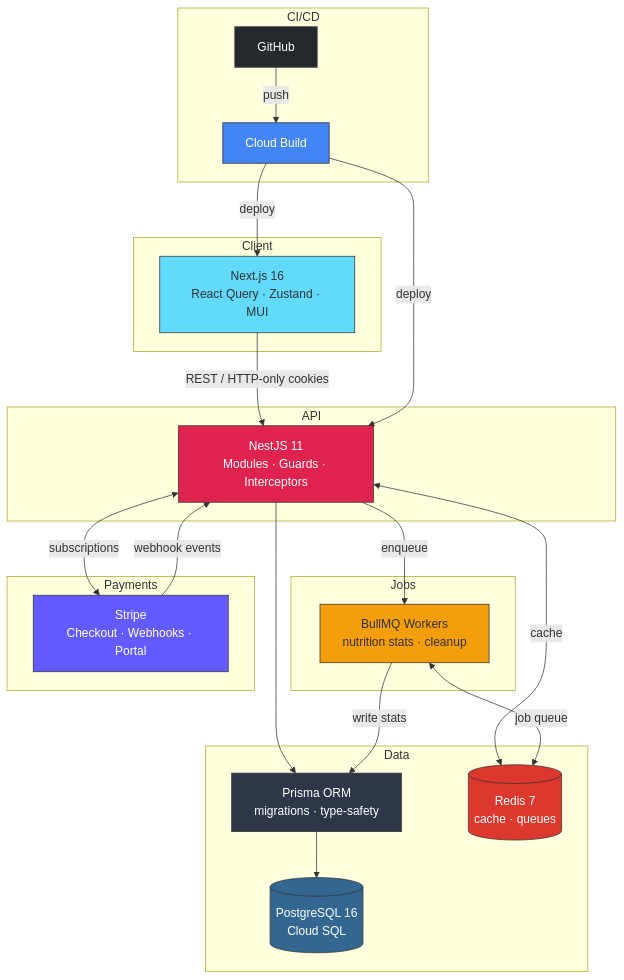
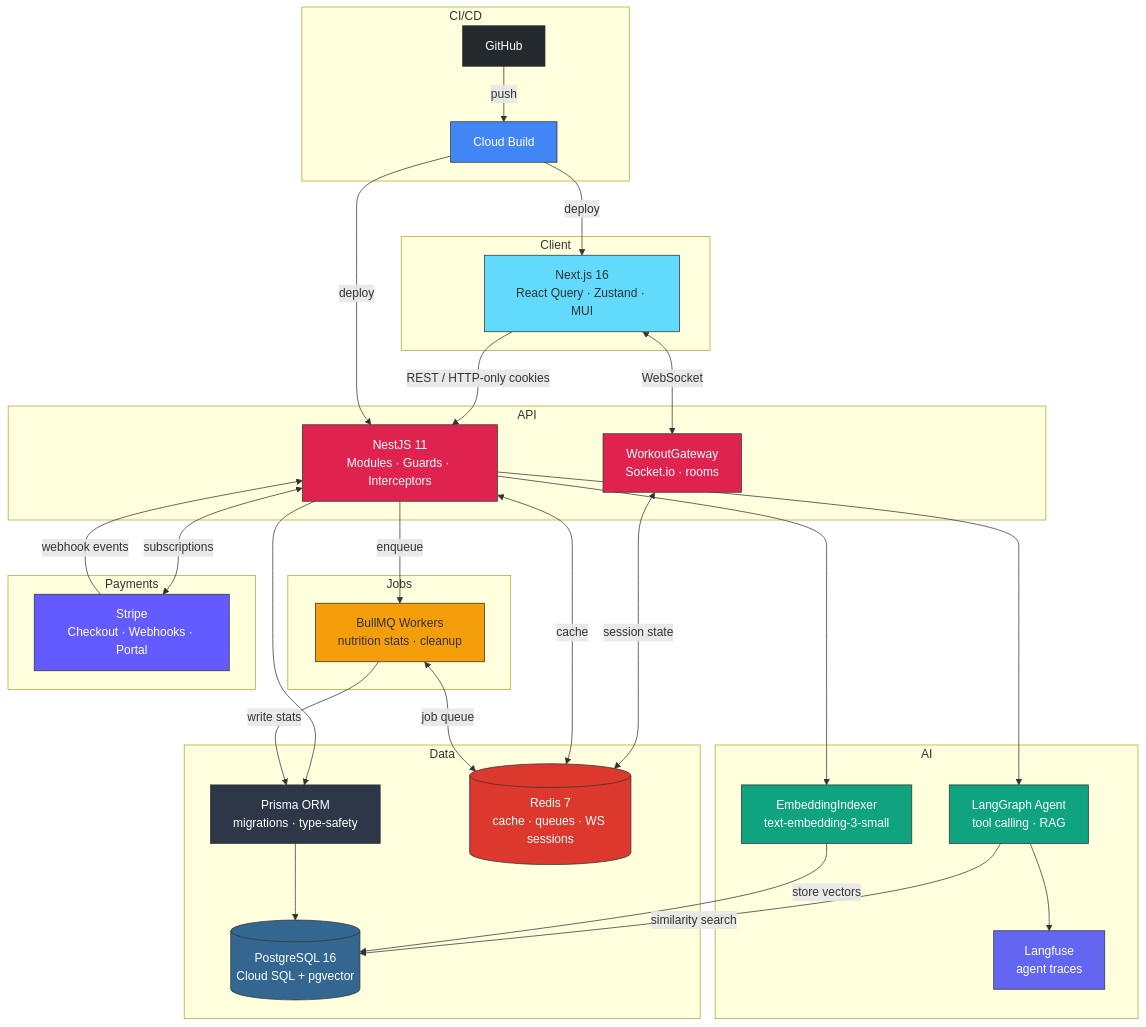
Before and after one commit to KacperGora/GymPal-Fullstack: the diagram in README.md, drawn with Mermaid. The commit also changed other lines of this file, not shown here.

````diff
--- a/README.md
+++ b/README.md
@@ -26,50 +30,68 @@
 ```mermaid
 graph TD
     subgraph Client
         N[Next.js 16<br/>React Query · Zustand · MUI]
     end
 
     subgraph API
         NE[NestJS 11<br/>Modules · Guards · Interceptors]
+        WG[WorkoutGateway<br/>Socket.io · rooms]
     end
 
     subgraph Data
-        PG[(PostgreSQL 16<br/>Cloud SQL)]
+        PG[(PostgreSQL 16<br/>Cloud SQL + pgvector)]
         PR[Prisma ORM<br/>migrations · type-safety]
-        RD[(Redis 7<br/>cache · queues)]
+        RD[(Redis 7<br/>cache · queues · WS sessions)]
     end
 
     subgraph Jobs
         BQ[BullMQ Workers<br/>nutrition stats · cleanup]
     end
 
     subgraph Payments
         ST[Stripe<br/>Checkout · Webhooks · Portal]
     end
 
+    subgraph AI
+        AG[LangGraph Agent<br/>tool calling · RAG]
+        EMB[EmbeddingIndexer<br/>text-embedding-3-small]
+        LF[Langfuse<br/>agent traces]
+    end
+
     N -->|REST / HTTP-only cookies| NE
+    N <-->|WebSocket| WG
+    WG <-->|session state| RD
     NE --> PR
     PR --> PG
     NE <-->|cache| RD
     NE -->|enqueue| BQ
     BQ -->|write stats| PR
     BQ <-->|job queue| RD
     NE <-->|subscriptions| ST
     ST -->|webhook events| NE
+    NE --> AG
+    AG -->|similarity search| PG
+    AG --> LF
+    NE --> EMB
+    EMB -->|store vectors| PG
 
     subgraph CICD[CI/CD]
         GH[GitHub] -->|push| CB[Cloud Build]
         CB -->|deploy| N
         CB -->|deploy| NE
     end
 
     style N fill:#61dafb,stroke:#333
     style NE fill:#e0234e,color:#fff,stroke:#333
+    style WG fill:#e0234e,color:#fff,stroke:#333
     style PG fill:#336791,color:#fff,stroke:#333
     style PR fill:#2d3748,color:#fff,stroke:#333
     style RD fill:#dc382d,color:#fff,stroke:#333
     style BQ fill:#f59e0b,stroke:#333
     style ST fill:#635bff,color:#fff,stroke:#333
     style CB fill:#4285f4,color:#fff,stroke:#333
     style GH fill:#24292e,color:#fff,stroke:#333
+    style AG fill:#10a37f,color:#fff,stroke:#333
+    style EMB fill:#10a37f,color:#fff,stroke:#333
+    style LF fill:#6366f1,color:#fff,stroke:#333
 ```
````
